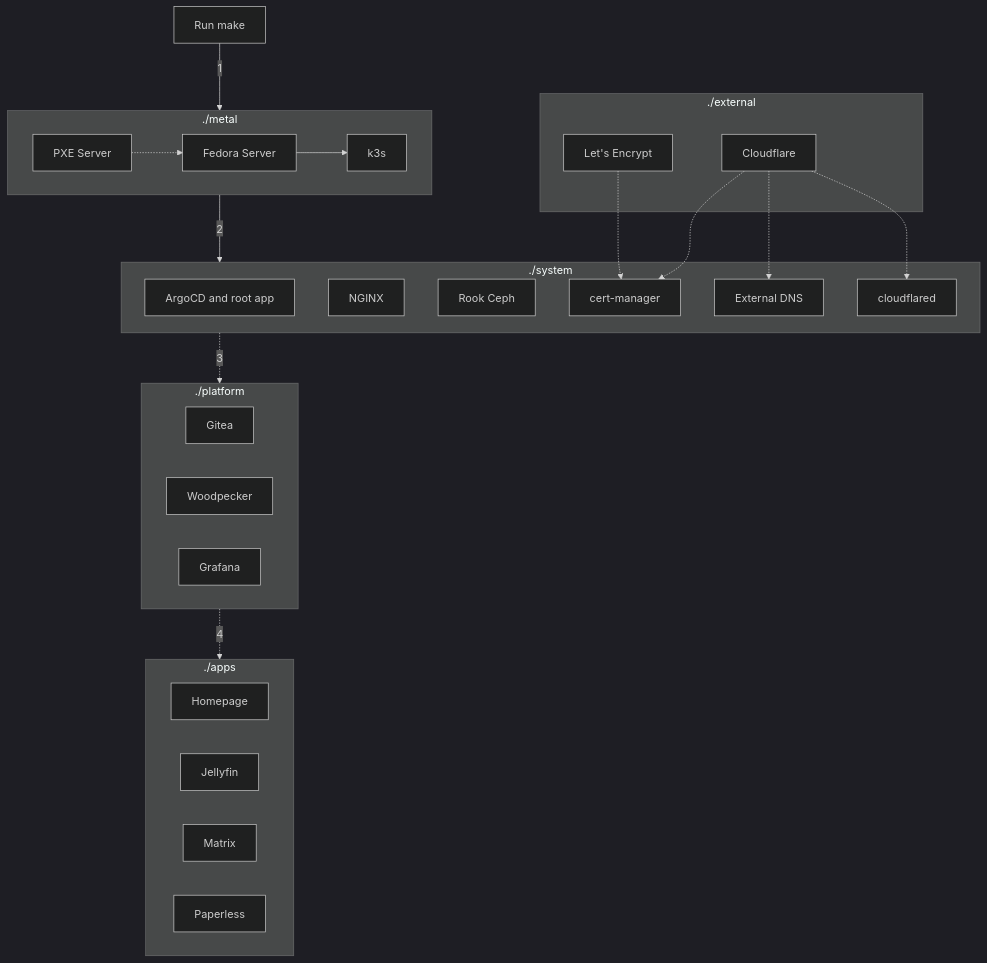
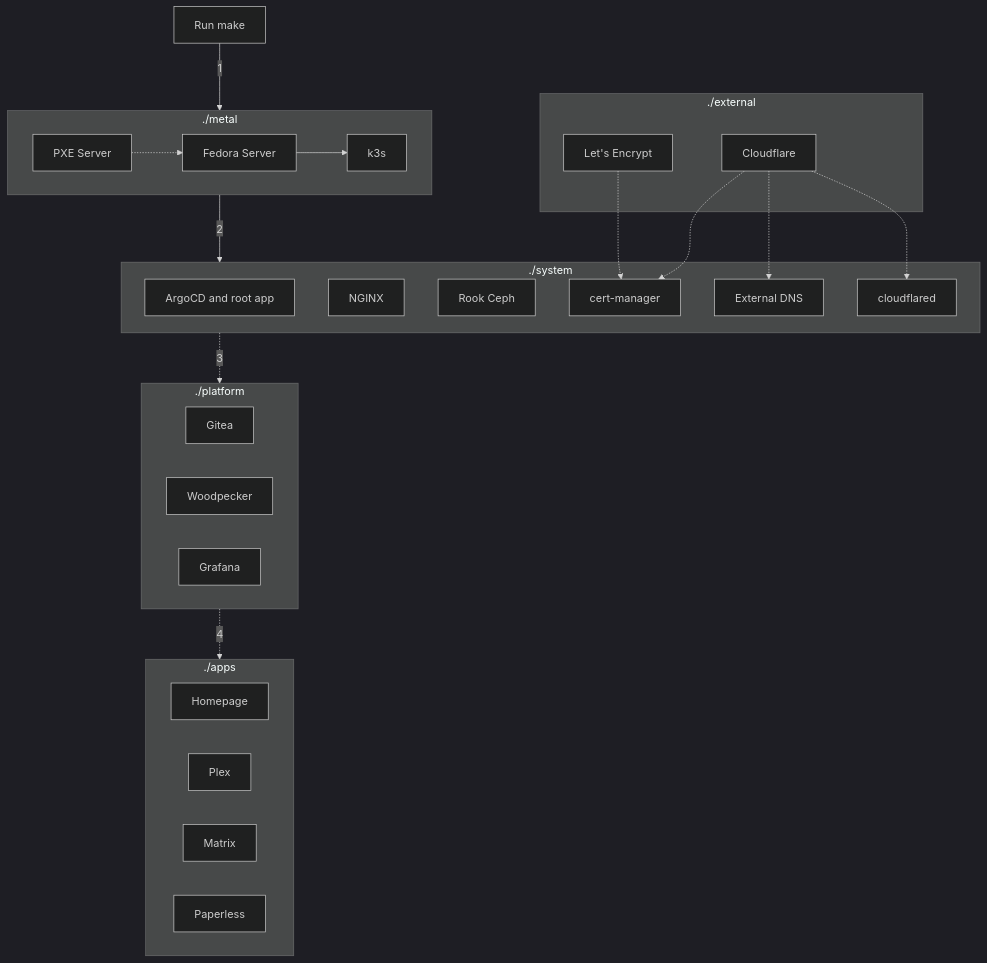
One commit to malford/homelab changed the diagram in docs/reference/architecture/overview.md. Above: the diagram before and after it, drawn with Mermaid (dark theme). The commit also changed 12 other files, not shown here.

````diff
--- a/docs/reference/architecture/overview.md
+++ b/docs/reference/architecture/overview.md
@@ -47,40 +47,40 @@
 ```mermaid
 flowchart TD
   subgraph metal[./metal]
     pxe[PXE Server] -.-> linux[Fedora Server] --> k3s
   end
 
   subgraph system[./system]
     argocd[ArgoCD and root app]
     nginx[NGINX]
     rook-ceph[Rook Ceph]
     cert-manager
     external-dns[External DNS]
     cloudflared
   end
 
   subgraph external[./external]
     letsencrypt[Let's Encrypt]
     cloudflare[Cloudflare]
   end
 
   letsencrypt -.-> cert-manager
   cloudflare -.-> cert-manager
   cloudflare -.-> external-dns
   cloudflare -.-> cloudflared
 
   subgraph platform[./platform]
     Gitea
     Woodpecker
     Grafana
   end
 
   subgraph apps[./apps]
     homepage[Homepage]
-    jellyfin[Jellyfin]
+    plex[Plex]
     matrix[Matrix]
     paperless[Paperless]
   end
 
   make[Run make] -- 1 --> metal -- 2 --> system -. 3 .-> platform -. 4 .-> apps
 ```
````
